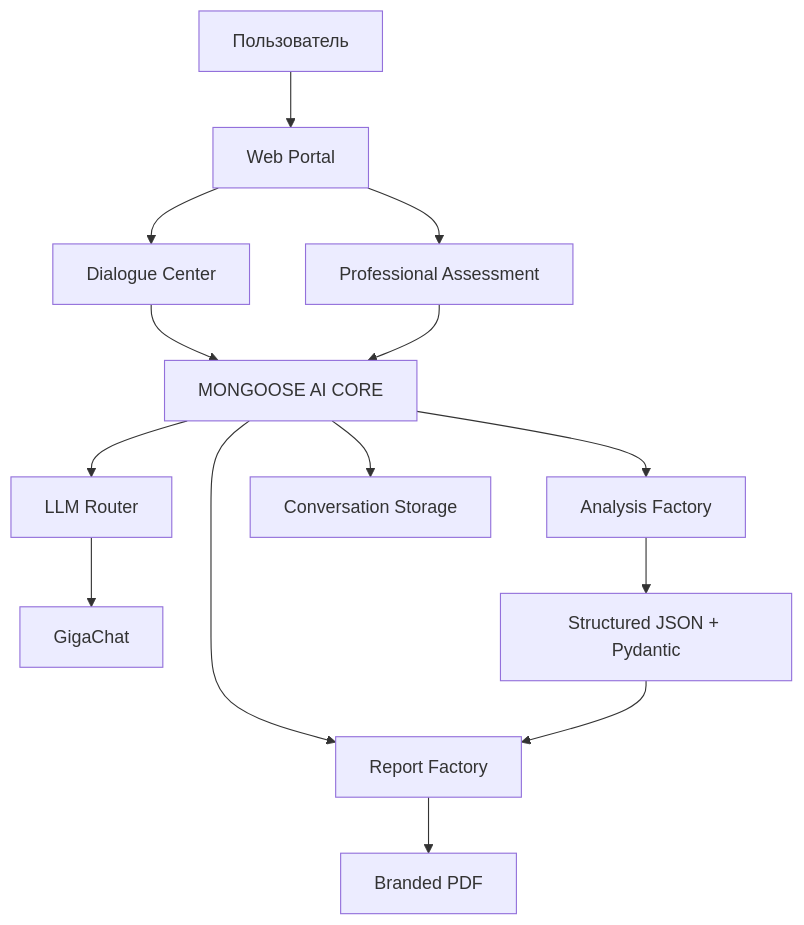
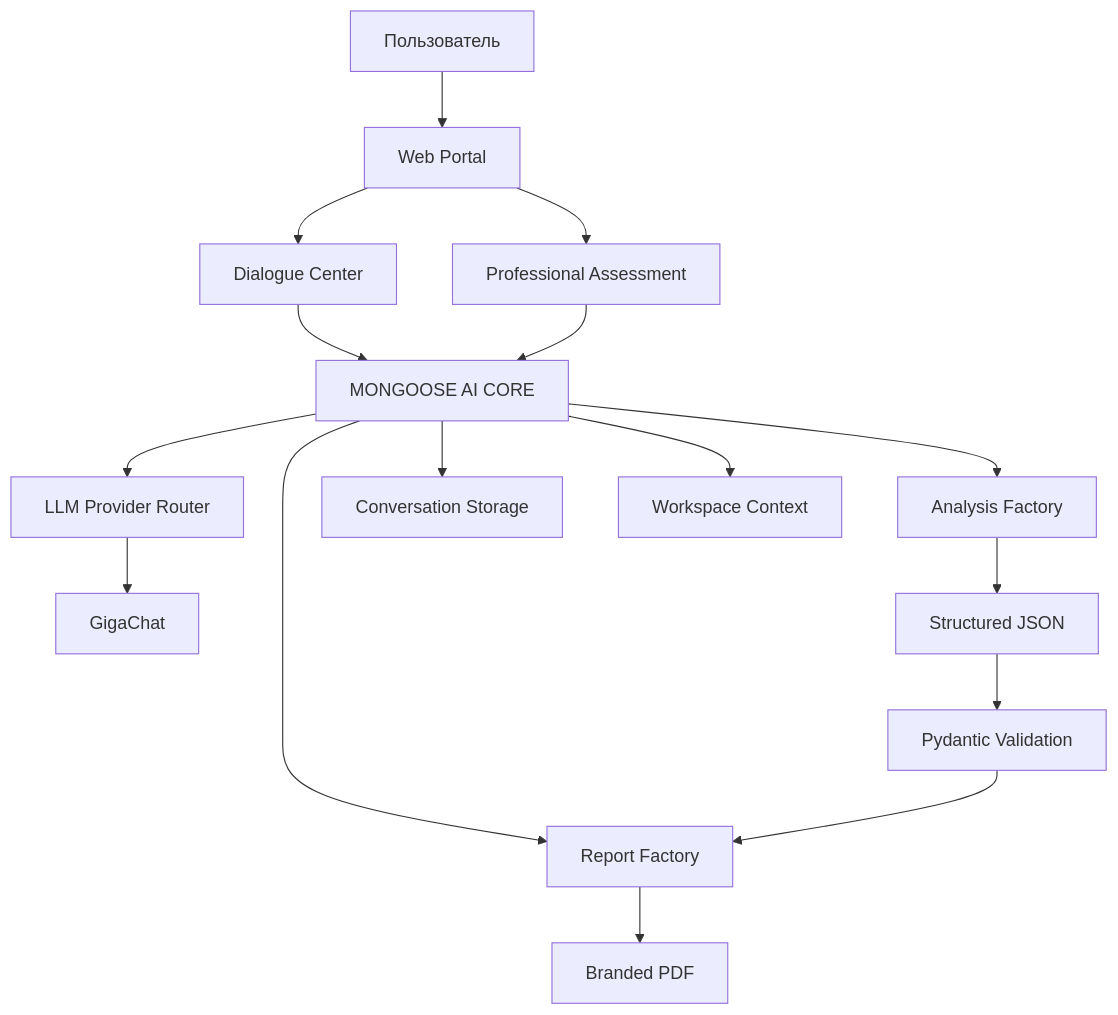
The first of 4 diagrams in projects/02-dialogue-ai-assistant/README.md (VictorKVS/Developer-of-AI-agents), drawn with Mermaid before and after one commit. The commit also changed other lines of this file, not shown here.

````diff
--- a/projects/02-dialogue-ai-assistant/README.md
+++ b/projects/02-dialogue-ai-assistant/README.md
@@ -89,19 +183,21 @@
 ```mermaid
 flowchart TB
     U[Пользователь] --> W[Web Portal]
     W --> D[Dialogue Center]
     W --> P[Professional Assessment]
 
     D --> C[MONGOOSE AI CORE]
     P --> C
 
-    C --> L[LLM Router]
+    C --> L[LLM Provider Router]
     C --> A[Analysis Factory]
     C --> R[Report Factory]
     C --> S[Conversation Storage]
+    C --> X[Workspace Context]
 
     L --> G[GigaChat]
-    A --> J[Structured JSON + Pydantic]
-    J --> R
+    A --> J[Structured JSON]
+    J --> V[Pydantic Validation]
+    V --> R
     R --> PDF[Branded PDF]
 ```
````
